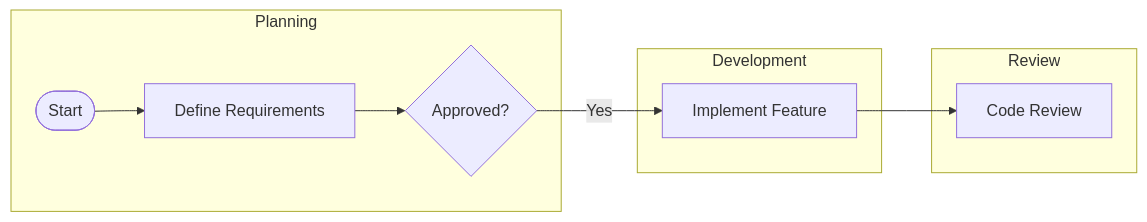
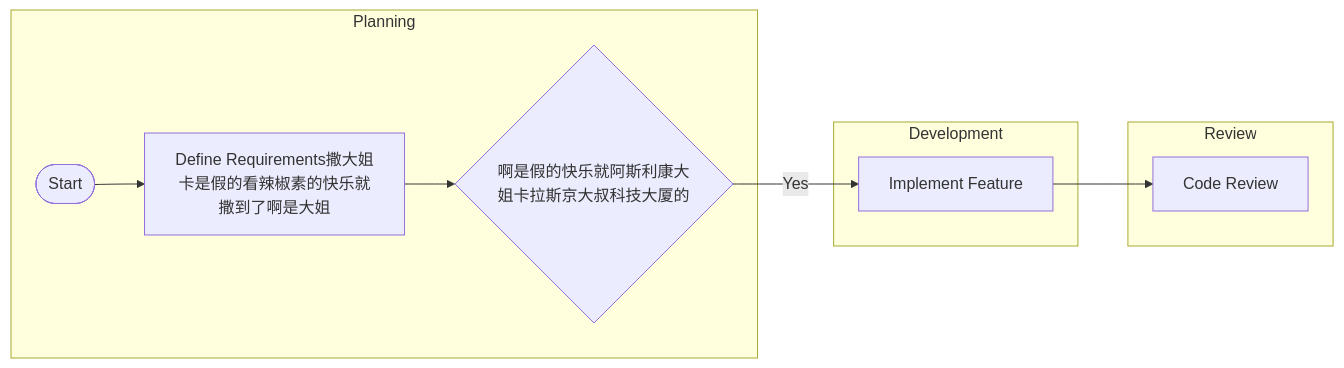
One commit to pingpm/mermaid_vault changed the diagram in notes/123_7732089b-c55c-4161-ad72-3b9cd41d4a31.md. Above: the diagram before and after it, drawn with Mermaid. The commit also changed 2 other files, not shown here.

Commit message:
Sync Mermaid Studio data (15 diagrams)

````diff
--- a/notes/123_7732089b-c55c-4161-ad72-3b9cd41d4a31.md
+++ b/notes/123_7732089b-c55c-4161-ad72-3b9cd41d4a31.md
@@ -3,19 +3,19 @@
 ```mermaid
 flowchart LR
   subgraph lane_0["Planning"]
-    t_0{"Approved?"}
+    t_0{"啊是假的快乐就阿斯利康大姐卡拉斯京大叔科技大厦的"}
     t_1(["Start"])
-    t_2["Define Requirements"]
+    t_2["Define Requirements撒大姐卡是假的看辣椒素的快乐就撒到了啊是大姐"]
   end
   subgraph lane_1["Development"]
     t_3["Implement Feature"]
   end
   subgraph lane_2["Review"]
     t_4["Code Review"]
   end
   t_1 --> t_2
   t_2 --> t_0
   t_0 -->|"Yes"| t_3
   t_3 --> t_4
 
 ```
````
